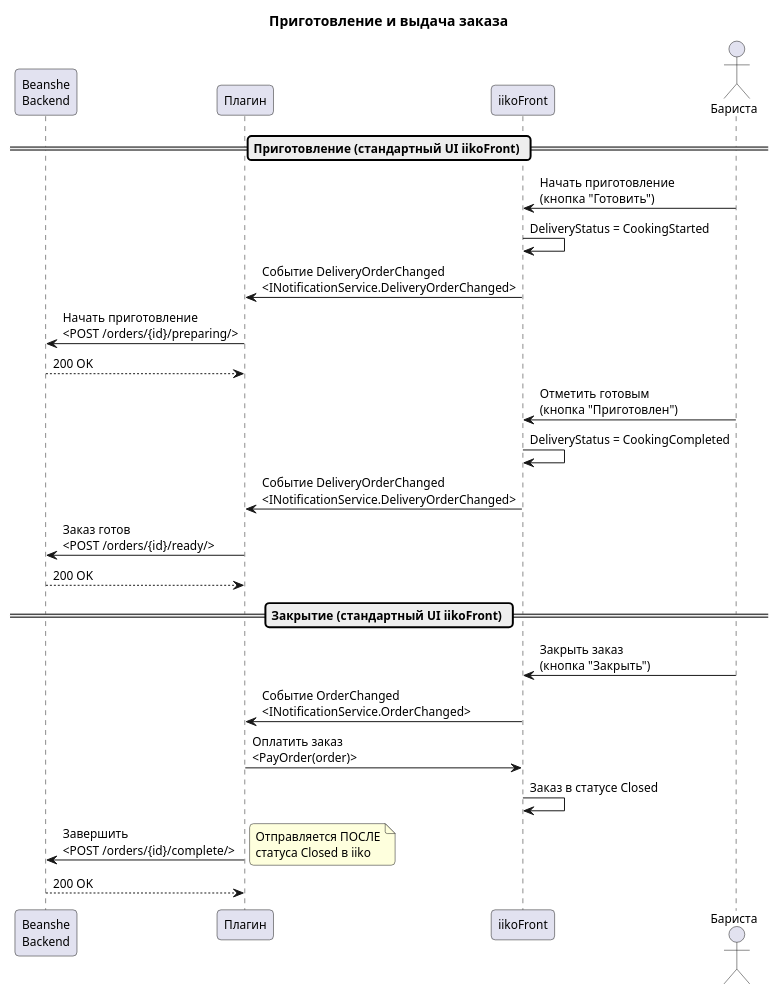
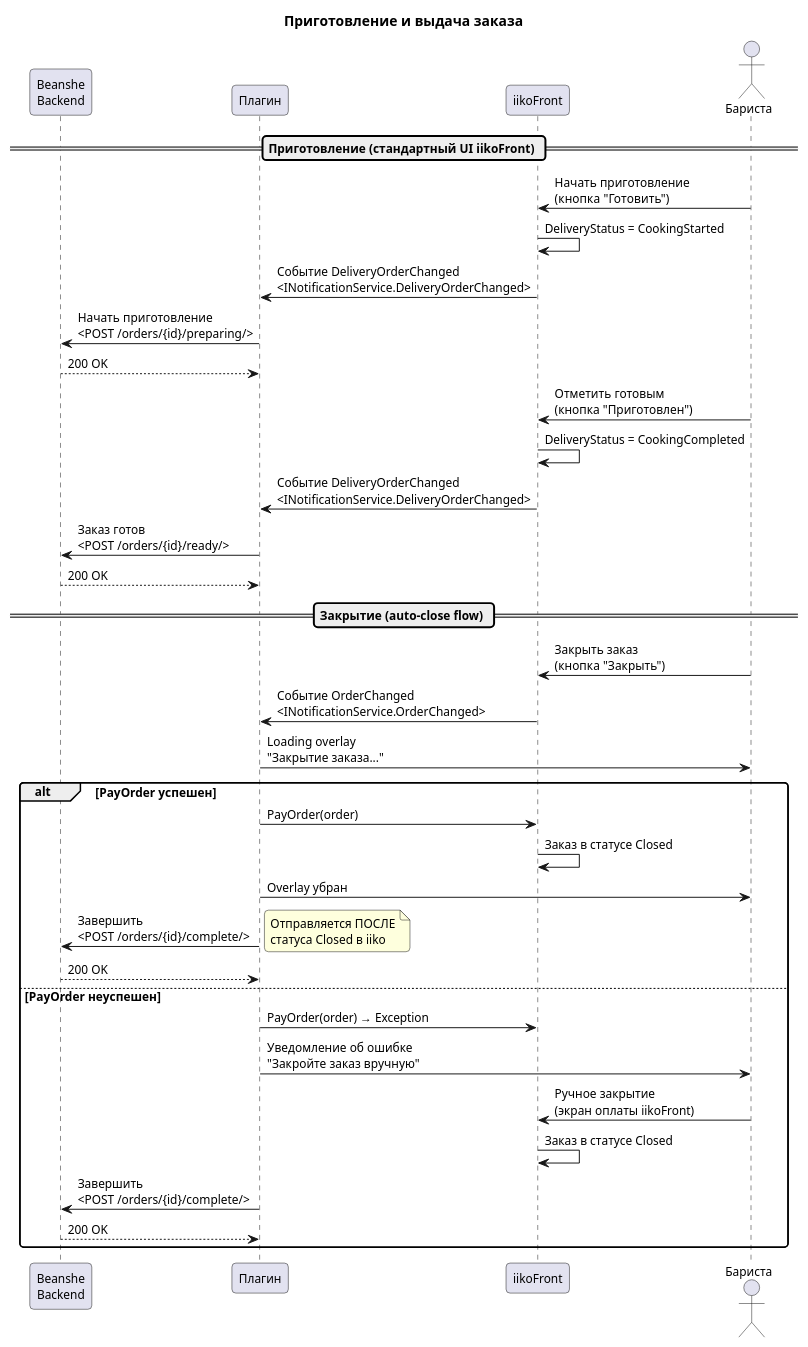
One commit to KirillTyurin21/prototypes changed the third of 10 diagrams in materials/Бинши/Beanshe-спецификация.md. Above: the diagram before and after it, drawn with PlantUML. The commit also changed other lines of this file and 4 other files, not shown here.

````diff
--- a/materials/Бинши/Beanshe-спецификация.md
+++ b/materials/Бинши/Beanshe-спецификация.md
@@ -636,41 +639,54 @@
 ```plantuml
 @startuml сценарий-7-1-1-2
 skinparam backgroundColor white
 skinparam defaultFontName "Segoe UI"
 skinparam defaultFontSize 12
 skinparam shadowing false
 skinparam roundcorner 8
 
 title "Приготовление и выдача заказа"
 
 participant "Beanshe\nBackend" as backend
 participant "Плагин" as plugin
 participant "iikoFront" as front
 actor "Бариста" as barista
 
 == Приготовление (стандартный UI iikoFront) ==
 
 barista -> front : Начать приготовление\n(кнопка "Готовить")
 front -> front : DeliveryStatus = CookingStarted
 front -> plugin : Событие DeliveryOrderChanged\n<INotificationService.DeliveryOrderChanged>
 plugin -> backend : Начать приготовление\n<POST /orders/{id}/preparing/>
 backend --> plugin : 200 OK
 
 barista -> front : Отметить готовым\n(кнопка "Приготовлен")
 front -> front : DeliveryStatus = CookingCompleted
 front -> plugin : Событие DeliveryOrderChanged\n<INotificationService.DeliveryOrderChanged>
 plugin -> backend : Заказ готов\n<POST /orders/{id}/ready/>
 backend --> plugin : 200 OK
 
-== Закрытие (стандартный UI iikoFront) ==
+== Закрытие (auto-close flow) ==
 
 barista -> front : Закрыть заказ\n(кнопка "Закрыть")
 front -> plugin : Событие OrderChanged\n<INotificationService.OrderChanged>
-plugin -> front : Оплатить заказ\n<PayOrder(order)>
-front -> front : Заказ в статусе Closed
+plugin -> barista : Loading overlay\n"Закрытие заказа..."
 
-plugin -> backend : Завершить\n<POST /orders/{id}/complete/>
-note right: Отправляется ПОСЛЕ\nстатуса Closed в iiko
-backend --> plugin : 200 OK
+alt PayOrder успешен
+  plugin -> front : PayOrder(order)
+  front -> front : Заказ в статусе Closed
+  plugin -> barista : Overlay убран
+
+  plugin -> backend : Завершить\n<POST /orders/{id}/complete/>
+  note right: Отправляется ПОСЛЕ\nстатуса Closed в iiko
+  backend --> plugin : 200 OK
+else PayOrder неуспешен
+  plugin -> front : PayOrder(order) → Exception
+  plugin -> barista : Уведомление об ошибке\n"Закройте заказ вручную"
+  barista -> front : Ручное закрытие\n(экран оплаты iikoFront)
+  front -> front : Заказ в статусе Closed
+
+  plugin -> backend : Завершить\n<POST /orders/{id}/complete/>
+  backend --> plugin : 200 OK
+end
 @enduml
 ```
````
